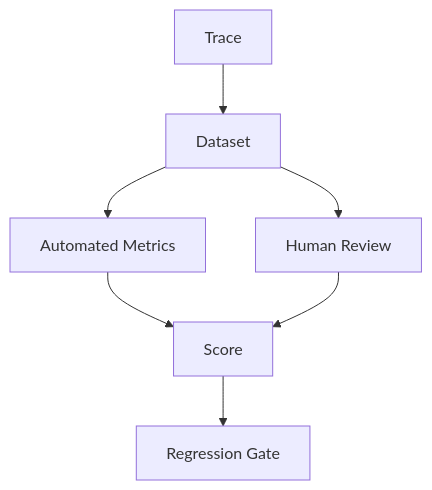
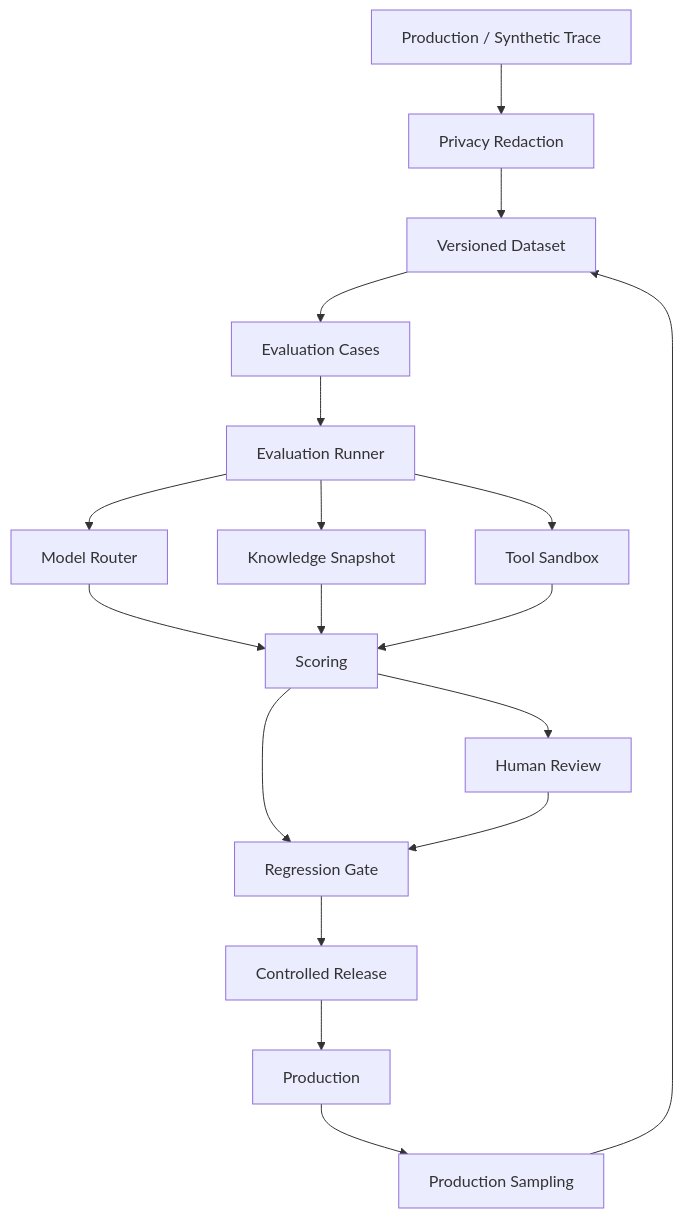
Before and after one commit to D-engahmed/OMILINKS: the first of 2 diagrams in docs/ai/evaluation.md, drawn with Mermaid. The commit also changed other lines of this file and 2 other files, not shown here.

Commit message:
docs: engineer ai guardrails evaluation and cost controls

````diff
--- a/docs/ai/evaluation.md
+++ b/docs/ai/evaluation.md
@@ -13,9 +32,20 @@
 ```mermaid
-flowchart TD
-TRACE[Trace] --> DATA[Dataset]
-DATA --> AUTO[Automated Metrics]
-DATA --> HUMAN[Human Review]
-AUTO --> SCORE[Score]
-HUMAN --> SCORE
-SCORE --> REG[Regression Gate]
+flowchart TB
+    TRACE[Production / Synthetic Trace] --> REDACT[Privacy Redaction]
+    REDACT --> DATASET[Versioned Dataset]
+    DATASET --> CASES[Evaluation Cases]
+    CASES --> RUNNER[Evaluation Runner]
+    RUNNER --> ROUTER[Model Router]
+    RUNNER --> KNOW[Knowledge Snapshot]
+    RUNNER --> TOOLS[Tool Sandbox]
+    ROUTER --> SCORE[Scoring]
+    KNOW --> SCORE
+    TOOLS --> SCORE
+    SCORE --> HUMAN[Human Review]
+    SCORE --> GATE[Regression Gate]
+    HUMAN --> GATE
+    GATE --> CANARY[Controlled Release]
+    CANARY --> PROD[Production]
+    PROD --> SAMPLE[Production Sampling]
+    SAMPLE --> DATASET
 ```
````
